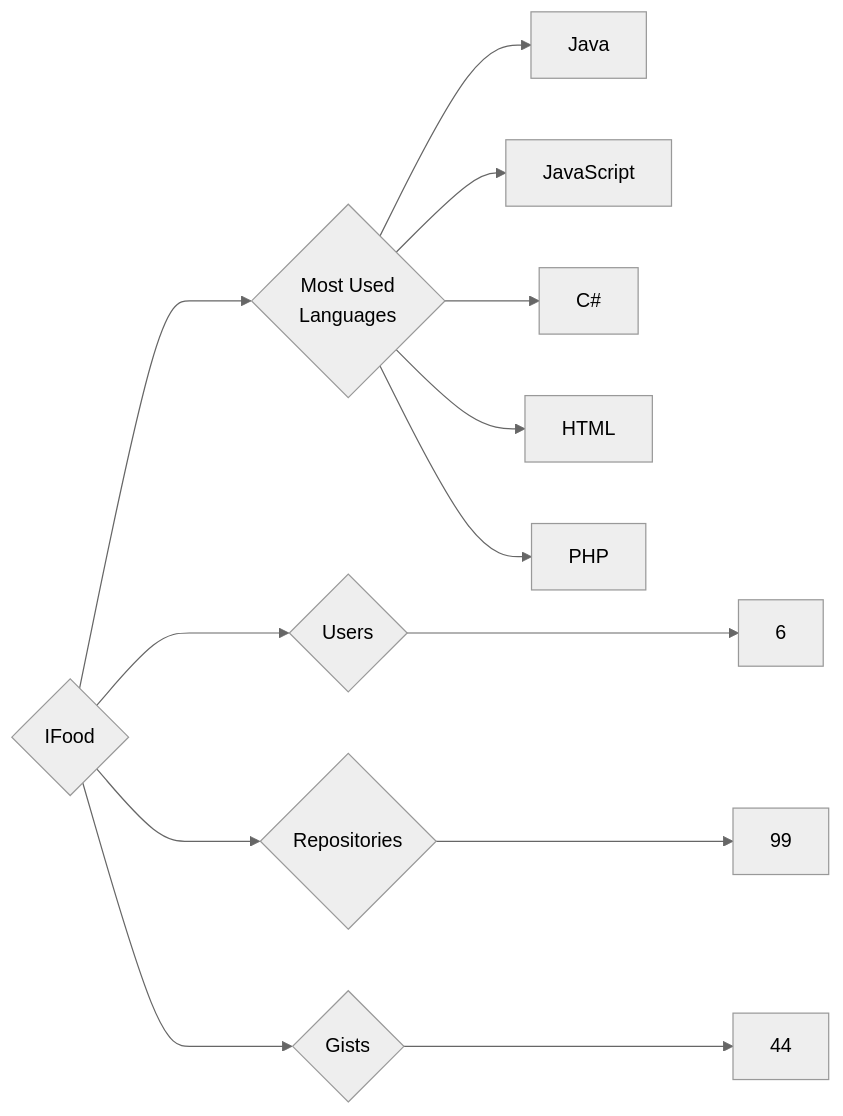
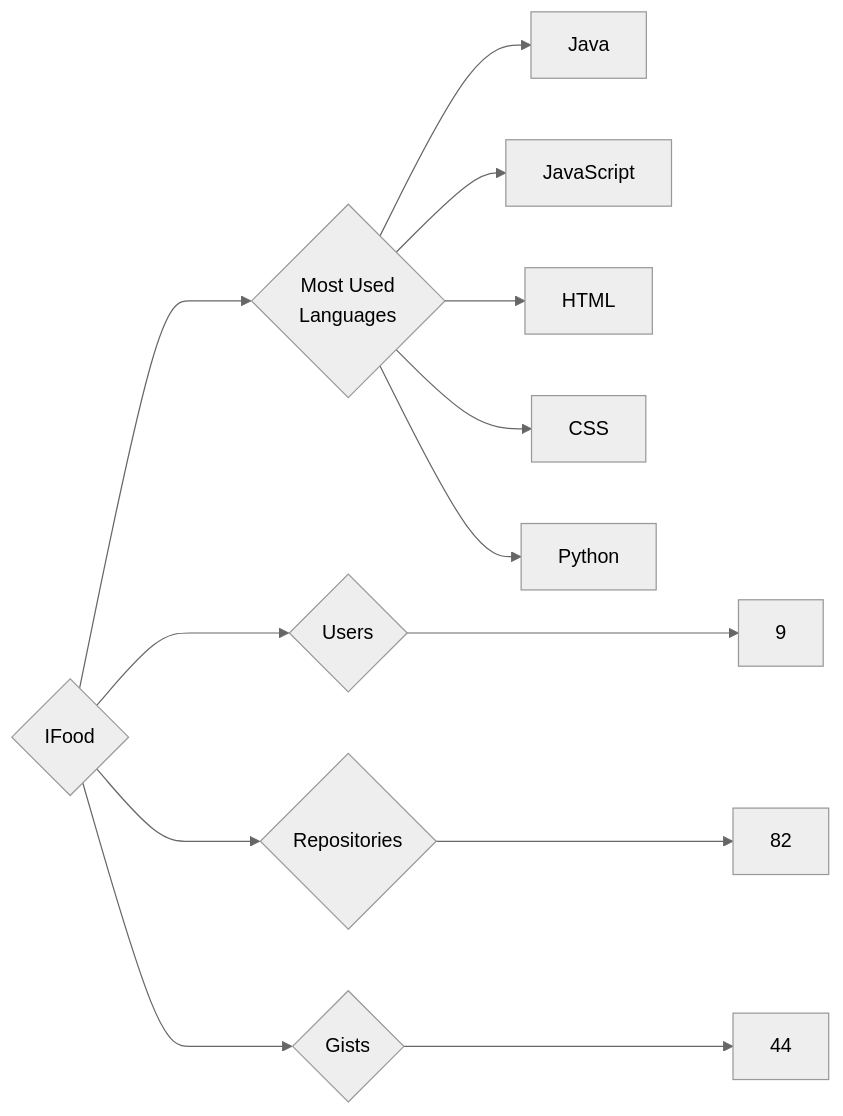
The diagram in targets/IFood/README.md (trickest/insiders), drawn with Mermaid (neutral theme) before and after one commit. The commit also changed 880 other files, not shown here.

````diff
--- a/targets/IFood/README.md
+++ b/targets/IFood/README.md
@@ -3,13 +3,13 @@
 ```mermaid
 graph LR
 COMPANY_NAME{IFood}
-COMPANY_NAME ---> U{Users} ---> UN[6]
-COMPANY_NAME ---> R{Repositories} ---> RN[99]
+COMPANY_NAME ---> U{Users} ---> UN[9]
+COMPANY_NAME ---> R{Repositories} ---> RN[82]
 COMPANY_NAME ---> G{Gists} ---> GN[44]
 COMPANY_NAME ---> ML{Most Used<br>Languages}
 ML --> Java[Java]
 ML --> JavaScript[JavaScript]
-ML --> C#[C#]
 ML --> HTML[HTML]
-ML --> PHP[PHP]
+ML --> CSS[CSS]
+ML --> Python[Python]
 ```
````
